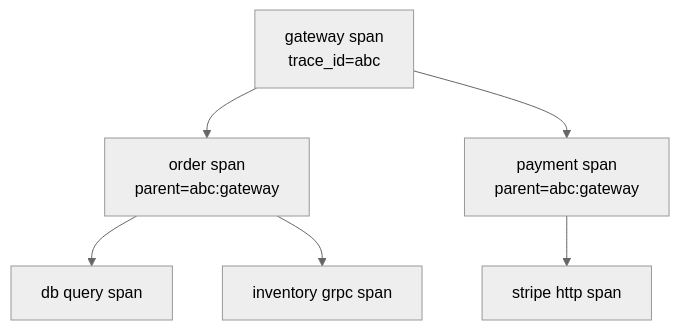
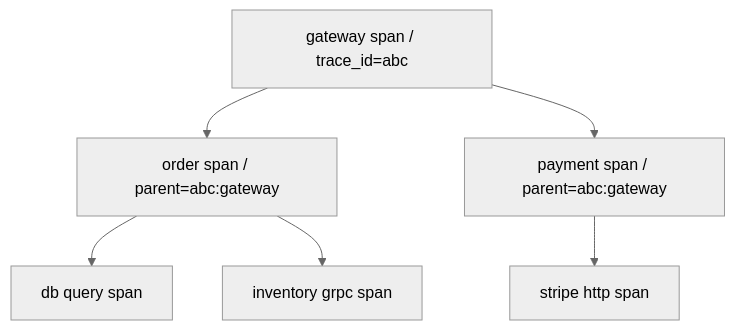
The seventh of 20 diagrams in 09-observability/README.md (hareramcse/SystemDesign), drawn with Mermaid (neutral theme) before and after one commit. The commit also changed other lines of this file and 14 other files, not shown here.

````diff
--- a/09-observability/README.md
+++ b/09-observability/README.md
@@ -376,9 +376,9 @@
 ```mermaid
 flowchart TB
-    Root[gateway span<br/>trace_id=abc]
-    Root --> S1[order span<br/>parent=abc:gateway]
-    Root --> S2[payment span<br/>parent=abc:gateway]
+    Root[gateway span / trace_id=abc]
+    Root --> S1["order span / parent=abc:gateway"]
+    Root --> S2["payment span / parent=abc:gateway"]
     S1 --> S3[db query span]
     S1 --> S4[inventory grpc span]
     S2 --> S5[stripe http span]
 ```
````
